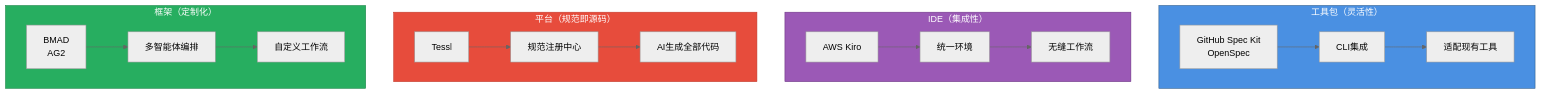
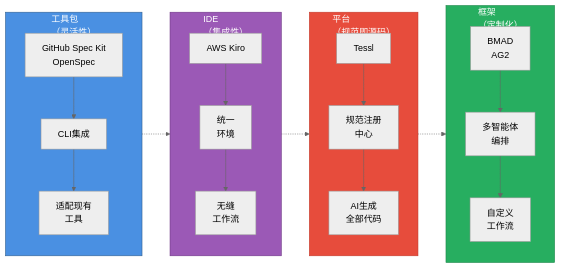
The first of 3 diagrams in i18n/zh/docusaurus-plugin-content-blog/2025-10-22-implementing-spec-driven-development-tools-and-workflows-in-practice.mdx (tikazyq/marvinzhang.dev), drawn with Mermaid (neutral theme) before and after one commit. The commit also changed other lines of this file and 1 other file, not shown here.

Commit message:
Fix SDD article: improve diagrams, add conservative language, reference Rice's theorem

````diff
--- a/i18n/zh/docusaurus-plugin-content-blog/2025-10-22-implementing-spec-driven-development-tools-and-workflows-in-practice.mdx
+++ b/i18n/zh/docusaurus-plugin-content-blog/2025-10-22-implementing-spec-driven-development-tools-and-workflows-in-practice.mdx
@@ -52,40 +52,43 @@
 ```mermaid
-flowchart TD
-    subgraph toolkits["工具包（灵活性）"]
+flowchart LR
+    subgraph toolkits["工具包<br/>（灵活性）"]
+        direction TB
         T1["GitHub Spec Kit<br/>OpenSpec"]
         T2["CLI集成"]
-        T3["适配现有工具"]
+        T3["适配现有<br/>工具"]
+        T1 --> T2 --> T3
     end
     
-    subgraph ides["IDE（集成性）"]
+    subgraph ides["IDE<br/>（集成性）"]
+        direction TB
         I1["AWS Kiro"]
-        I2["统一环境"]
-        I3["无缝工作流"]
+        I2["统一<br/>环境"]
+        I3["无缝<br/>工作流"]
+        I1 --> I2 --> I3
     end
     
-    subgraph platforms["平台（规范即源码）"]
+    subgraph platforms["平台<br/>（规范即源码）"]
+        direction TB
         P1["Tessl"]
-        P2["规范注册中心"]
-        P3["AI生成全部代码"]
+        P2["规范注册<br/>中心"]
+        P3["AI生成<br/>全部代码"]
+        P1 --> P2 --> P3
     end
     
-    subgraph frameworks["框架（定制化）"]
+    subgraph frameworks["框架<br/>（定制化）"]
+        direction TB
         F1["BMAD<br/>AG2"]
-        F2["多智能体编排"]
-        F3["自定义工作流"]
+        F2["多智能体<br/>编排"]
+        F3["自定义<br/>工作流"]
+        F1 --> F2 --> F3
     end
     
-    T1 --> T2
-    T2 --> T3
-    I1 --> I2
-    I2 --> I3
-    P1 --> P2
-    P2 --> P3
-    F1 --> F2
-    F2 --> F3
+    toolkits -.-> ides
+    ides -.-> platforms
+    platforms -.-> frameworks
     
     style toolkits fill:#4a90e2,stroke:#2e5c8a,color:#fff
     style ides fill:#9b59b6,stroke:#6c3483,color:#fff
     style platforms fill:#e74c3c,stroke:#c0392b,color:#fff
     style frameworks fill:#27ae60,stroke:#1e8449,color:#fff
 ```
````
